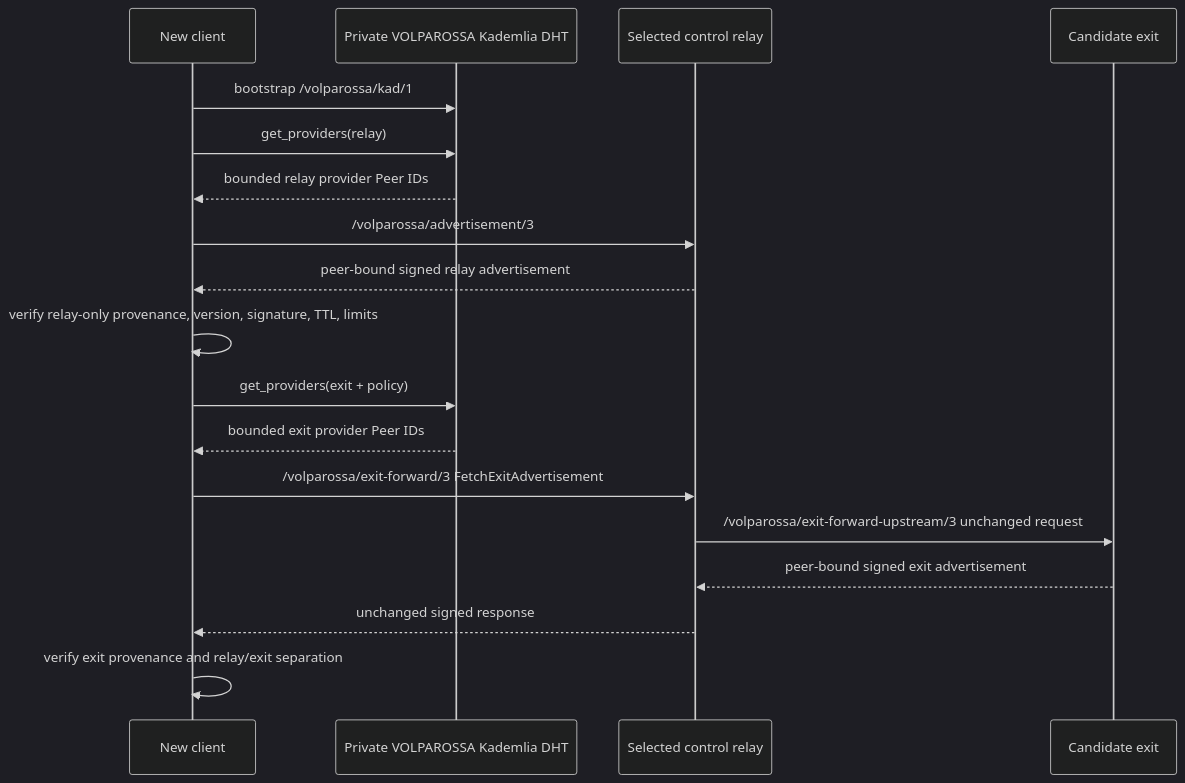
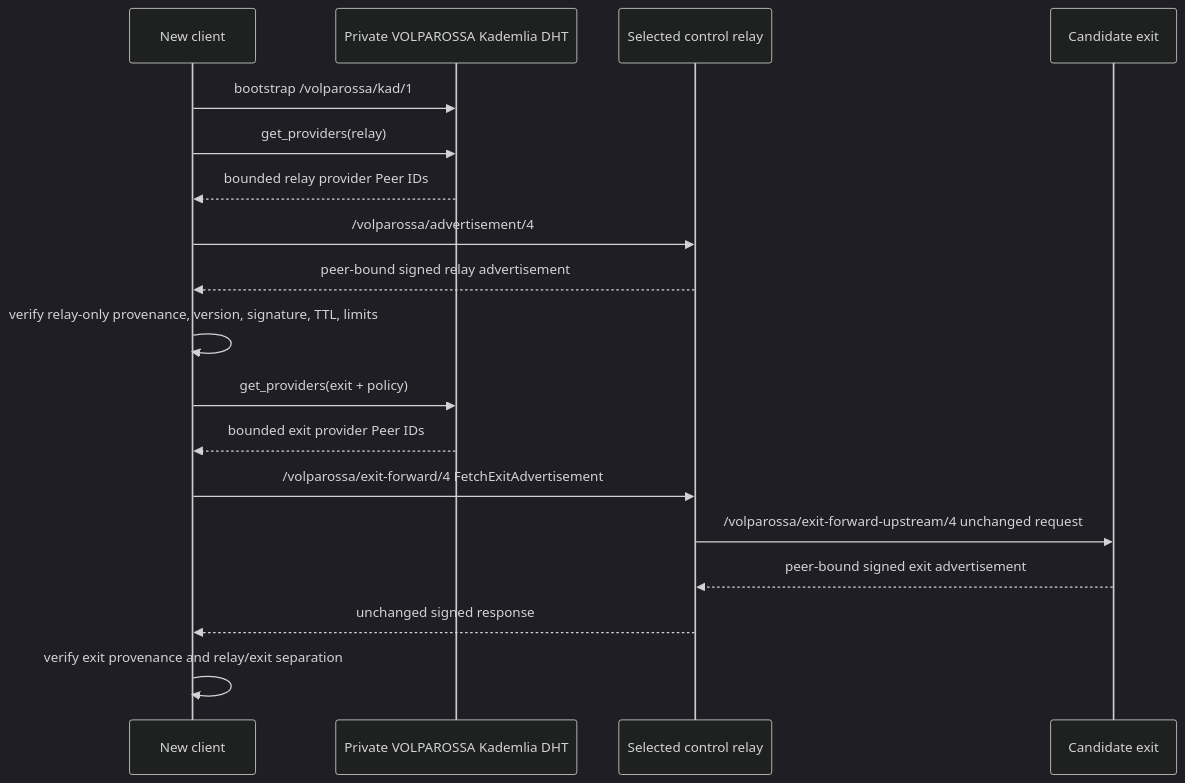
One commit to VOLPAROSSA/volparossa changed the second of 9 diagrams in docs/ARCHITECTURE.md. Above: the diagram before and after it, drawn with Mermaid (dark theme). The commit also changed other lines of this file and 46 other files, not shown here.

````diff
--- a/docs/ARCHITECTURE.md
+++ b/docs/ARCHITECTURE.md
@@ -44,20 +44,20 @@
 ```mermaid
 sequenceDiagram
     participant C as New client
     participant D as Private VOLPAROSSA Kademlia DHT
     participant R as Selected control relay
     participant E as Candidate exit
     C->>D: bootstrap /volparossa/kad/1
     C->>D: get_providers(relay)
     D-->>C: bounded relay provider Peer IDs
-    C->>R: /volparossa/advertisement/3
+    C->>R: /volparossa/advertisement/4
     R-->>C: peer-bound signed relay advertisement
     C->>C: verify relay-only provenance, version, signature, TTL, limits
     C->>D: get_providers(exit + policy)
     D-->>C: bounded exit provider Peer IDs
-    C->>R: /volparossa/exit-forward/3 FetchExitAdvertisement
-    R->>E: /volparossa/exit-forward-upstream/3 unchanged request
+    C->>R: /volparossa/exit-forward/4 FetchExitAdvertisement
+    R->>E: /volparossa/exit-forward-upstream/4 unchanged request
     E-->>R: peer-bound signed exit advertisement
     R-->>C: unchanged signed response
     C->>C: verify exit provenance and relay/exit separation
 ```
````
